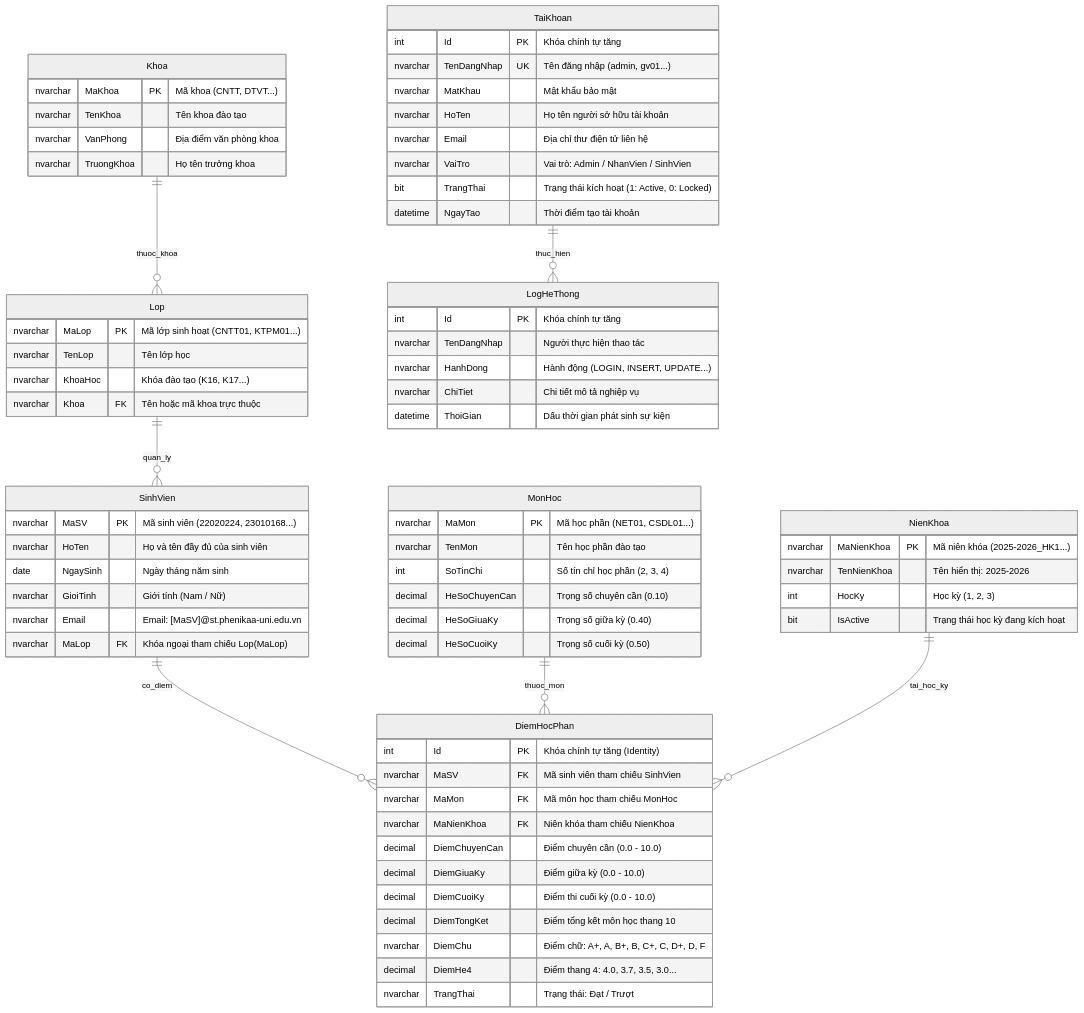
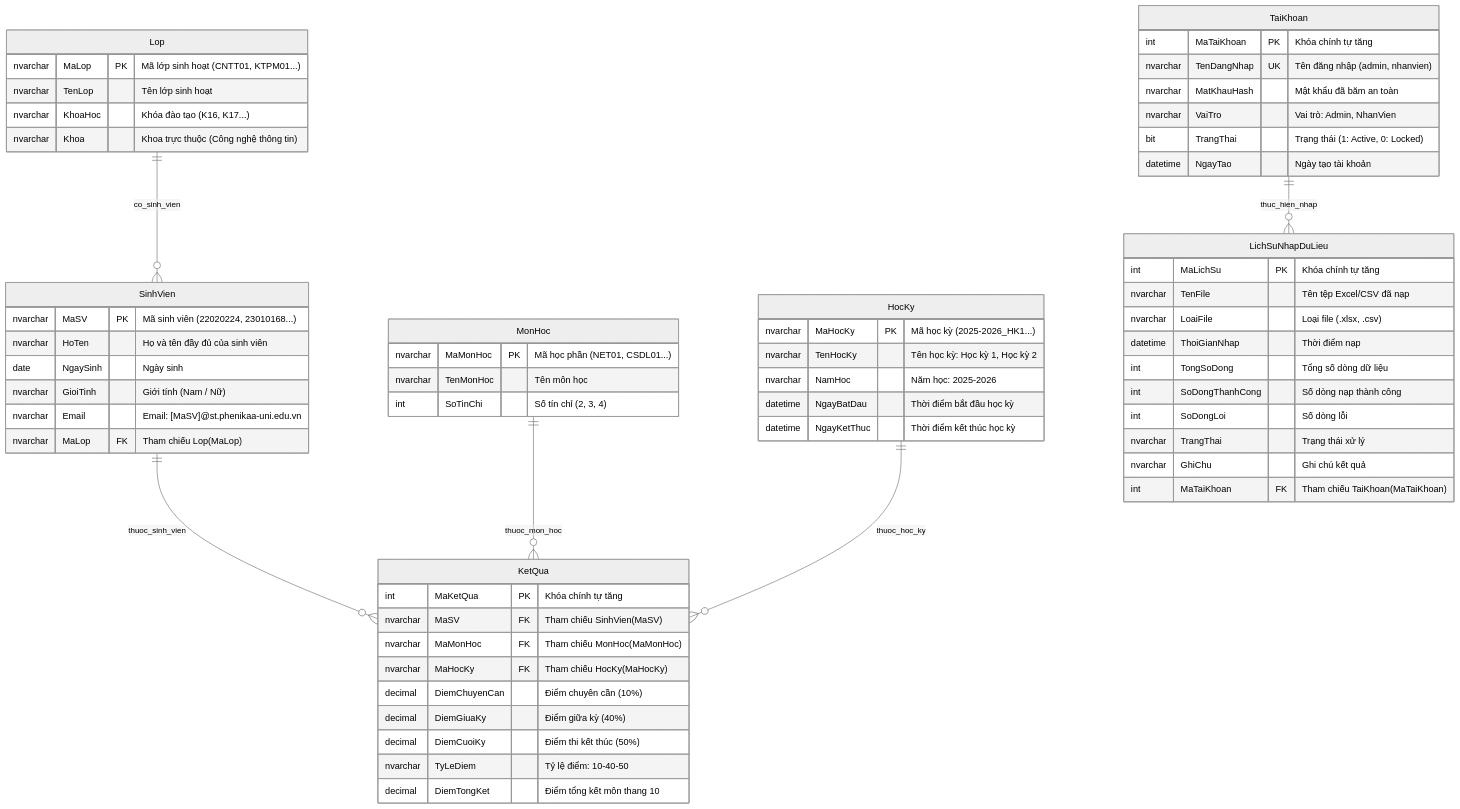
One commit to ngthanhs1/STUDENT_RESULT_ANALYTICS changed diagram 15 of 16 in BAO_CAO_BAI_TAP_LON_STUDENT_RESULT_ANALYTICS.md. Above: the diagram before and after it, drawn with Mermaid (neutral theme). The commit also changed other lines of this file and 13 other files, not shown here.

````diff
--- a/BAO_CAO_BAI_TAP_LON_STUDENT_RESULT_ANALYTICS.md
+++ b/BAO_CAO_BAI_TAP_LON_STUDENT_RESULT_ANALYTICS.md
@@ -1017,81 +1017,72 @@
 ```mermaid
 erDiagram
-    Khoa ||--o{ Lop : "thuoc_khoa"
-    Lop ||--o{ SinhVien : "quan_ly"
-    SinhVien ||--o{ DiemHocPhan : "co_diem"
-    MonHoc ||--o{ DiemHocPhan : "thuoc_mon"
-    NienKhoa ||--o{ DiemHocPhan : "tai_hoc_ky"
-    TaiKhoan ||--o{ LogHeThong : "thuc_hien"
-
-    Khoa {
-        nvarchar MaKhoa PK "Mã khoa (CNTT, DTVT...)"
-        nvarchar TenKhoa "Tên khoa đào tạo"
-        nvarchar VanPhong "Địa điểm văn phòng khoa"
-        nvarchar TruongKhoa "Họ tên trưởng khoa"
-    }
+    Lop ||--o{ SinhVien : "co_sinh_vien"
+    SinhVien ||--o{ KetQua : "thuoc_sinh_vien"
+    MonHoc ||--o{ KetQua : "thuoc_mon_hoc"
+    HocKy ||--o{ KetQua : "thuoc_hoc_ky"
+    TaiKhoan ||--o{ LichSuNhapDuLieu : "thuc_hien_nhap"
 
     Lop {
         nvarchar MaLop PK "Mã lớp sinh hoạt (CNTT01, KTPM01...)"
-        nvarchar TenLop "Tên lớp học"
+        nvarchar TenLop "Tên lớp sinh hoạt"
         nvarchar KhoaHoc "Khóa đào tạo (K16, K17...)"
-        nvarchar Khoa FK "Tên hoặc mã khoa trực thuộc"
+        nvarchar Khoa "Khoa trực thuộc (Công nghệ thông tin)"
     }
 
     SinhVien {
         nvarchar MaSV PK "Mã sinh viên (22020224, 23010168...)"
         nvarchar HoTen "Họ và tên đầy đủ của sinh viên"
-        date NgaySinh "Ngày tháng năm sinh"
+        date NgaySinh "Ngày sinh"
         nvarchar GioiTinh "Giới tính (Nam / Nữ)"
         nvarchar Email "Email: [MaSV]@st.phenikaa-uni.edu.vn"
-        nvarchar MaLop FK "Khóa ngoại tham chiếu Lop(MaLop)"
+        nvarchar MaLop FK "Tham chiếu Lop(MaLop)"
     }
 
     MonHoc {
-        nvarchar MaMon PK "Mã học phần (NET01, CSDL01...)"
-        nvarchar TenMon "Tên học phần đào tạo"
-        int SoTinChi "Số tín chỉ học phần (2, 3, 4)"
-        decimal HeSoChuyenCan "Trọng số chuyên cần (0.10)"
-        decimal HeSoGiuaKy "Trọng số giữa kỳ (0.40)"
-        decimal HeSoCuoiKy "Trọng số cuối kỳ (0.50)"
+        nvarchar MaMonHoc PK "Mã học phần (NET01, CSDL01...)"
+        nvarchar TenMonHoc "Tên môn học"
+        int SoTinChi "Số tín chỉ (2, 3, 4)"
     }
 
-    NienKhoa {
-        nvarchar MaNienKhoa PK "Mã niên khóa (2025-2026_HK1...)"
-        nvarchar TenNienKhoa "Tên hiển thị: 2025-2026"
-        int HocKy "Học kỳ (1, 2, 3)"
-        bit IsActive "Trạng thái học kỳ đang kích hoạt"
+    HocKy {
+        nvarchar MaHocKy PK "Mã học kỳ (2025-2026_HK1...)"
+        nvarchar TenHocKy "Tên học kỳ: Học kỳ 1, Học kỳ 2"
+        nvarchar NamHoc "Năm học: 2025-2026"
+        datetime NgayBatDau "Thời điểm bắt đầu học kỳ"
+        datetime NgayKetThuc "Thời điểm kết thúc học kỳ"
     }
 
-    DiemHocPhan {
-        int Id PK "Khóa chính tự tăng (Identity)"
-        nvarchar MaSV FK "Mã sinh viên tham chiếu SinhVien"
-        nvarchar MaMon FK "Mã môn học tham chiếu MonHoc"
-        nvarchar MaNienKhoa FK "Niên khóa tham chiếu NienKhoa"
-        decimal DiemChuyenCan "Điểm chuyên cần (0.0 - 10.0)"
-        decimal DiemGiuaKy "Điểm giữa kỳ (0.0 - 10.0)"
-        decimal DiemCuoiKy "Điểm thi cuối kỳ (0.0 - 10.0)"
-        decimal DiemTongKet "Điểm tổng kết môn học thang 10"
-        nvarchar DiemChu "Điểm chữ: A+, A, B+, B, C+, C, D+, D, F"
-        decimal DiemHe4 "Điểm thang 4: 4.0, 3.7, 3.5, 3.0..."
-        nvarchar TrangThai "Trạng thái: Đạt / Trượt"
+    KetQua {
+        int MaKetQua PK "Khóa chính tự tăng"
+        nvarchar MaSV FK "Tham chiếu SinhVien(MaSV)"
+        nvarchar MaMonHoc FK "Tham chiếu MonHoc(MaMonHoc)"
+        nvarchar MaHocKy FK "Tham chiếu HocKy(MaHocKy)"
+        decimal DiemChuyenCan "Điểm chuyên cần (10%)"
+        decimal DiemGiuaKy "Điểm giữa kỳ (40%)"
+        decimal DiemCuoiKy "Điểm thi kết thúc (50%)"
+        nvarchar TyLeDiem "Tỷ lệ điểm: 10-40-50"
+        decimal DiemTongKet "Điểm tổng kết môn thang 10"
     }
 
     TaiKhoan {
-        int Id PK "Khóa chính tự tăng"
-        nvarchar TenDangNhap UK "Tên đăng nhập (admin, gv01...)"
-        nvarchar MatKhau "Mật khẩu bảo mật"
-        nvarchar HoTen "Họ tên người sở hữu tài khoản"
-        nvarchar Email "Địa chỉ thư điện tử liên hệ"
-        nvarchar VaiTro "Vai trò: Admin / NhanVien / SinhVien"
-        bit TrangThai "Trạng thái kích hoạt (1: Active, 0: Locked)"
-        datetime NgayTao "Thời điểm tạo tài khoản"
+        int MaTaiKhoan PK "Khóa chính tự tăng"
+        nvarchar TenDangNhap UK "Tên đăng nhập (admin, nhanvien)"
+        nvarchar MatKhauHash "Mật khẩu đã băm an toàn"
+        nvarchar VaiTro "Vai trò: Admin, NhanVien"
+        bit TrangThai "Trạng thái (1: Active, 0: Locked)"
+        datetime NgayTao "Ngày tạo tài khoản"
     }
 
-    LogHeThong {
-        int Id PK "Khóa chính tự tăng"
-        nvarchar TenDangNhap "Người thực hiện thao tác"
-        nvarchar HanhDong "Hành động (LOGIN, INSERT, UPDATE...)"
-        nvarchar ChiTiet "Chi tiết mô tả nghiệp vụ"
-        datetime ThoiGian "Dấu thời gian phát sinh sự kiện"
+    LichSuNhapDuLieu {
+        int MaLichSu PK "Khóa chính tự tăng"
+        nvarchar TenFile "Tên tệp Excel/CSV đã nạp"
+        nvarchar LoaiFile "Loại file (.xlsx, .csv)"
+        datetime ThoiGianNhap "Thời điểm nạp"
+        int TongSoDong "Tổng số dòng dữ liệu"
+        int SoDongThanhCong "Số dòng nạp thành công"
+        int SoDongLoi "Số dòng lỗi"
+        nvarchar TrangThai "Trạng thái xử lý"
+        nvarchar GhiChu "Ghi chú kết quả"
+        int MaTaiKhoan FK "Tham chiếu TaiKhoan(MaTaiKhoan)"
     }
 ```
````
